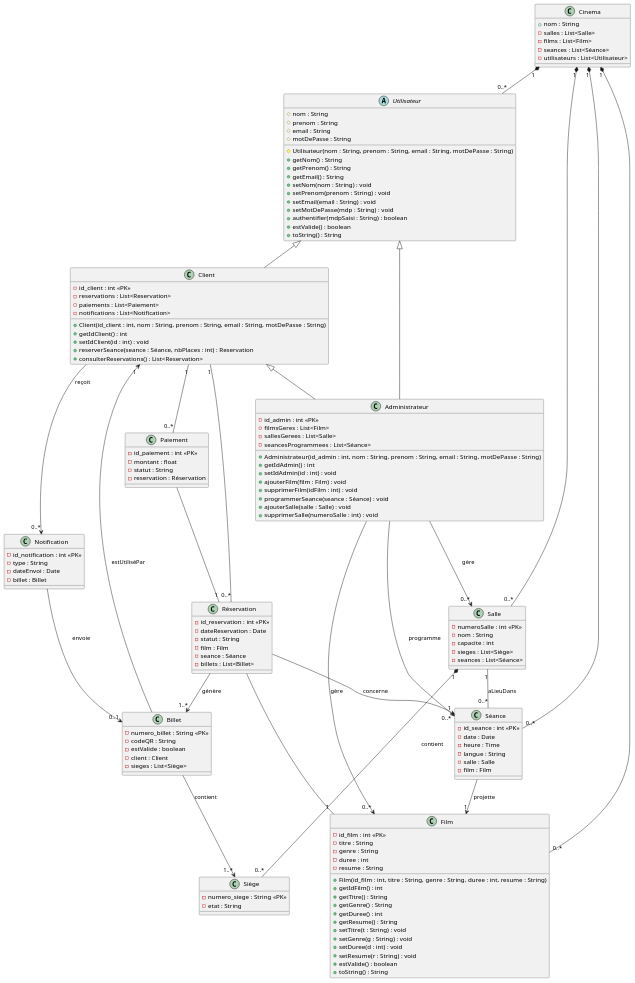
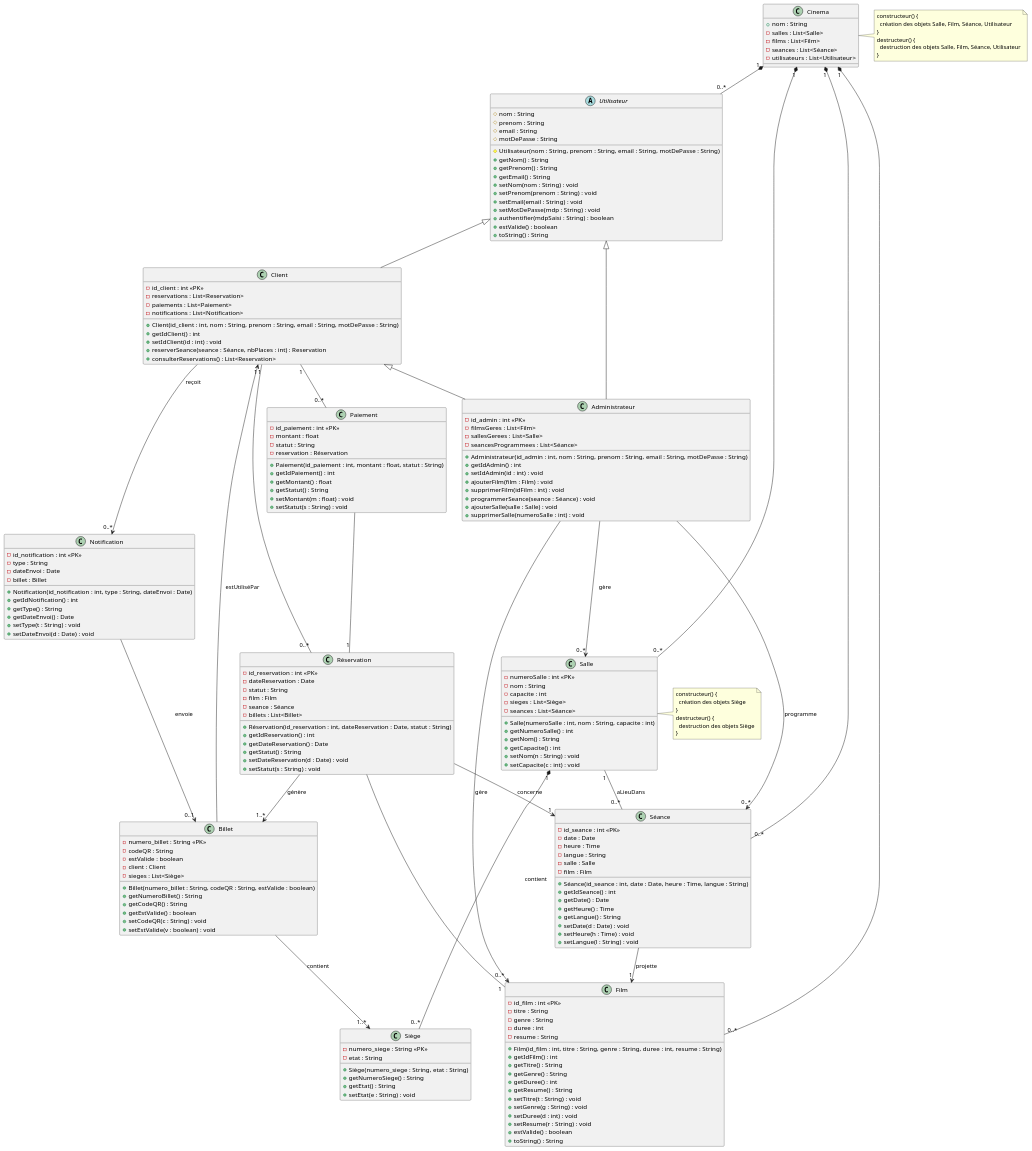
The diagram in Diagrammes/diagramme_de_classes(deuxième_raffinnement).pu (barbouchyoussef/Cinema-UML), drawn with PlantUML before and after one commit. The commit also changed 4 other files, not shown here.

```diff
--- a/Diagrammes/diagramme_de_classes(deuxième_raffinnement).pu
+++ b/Diagrammes/diagramme_de_classes(deuxième_raffinnement).pu
@@ -9,6 +9,14 @@
   - seances : List<Séance>
   - utilisateurs : List<Utilisateur>
 }
+note right of Cinema
+constructeur() {
+  création des objets Salle, Film, Séance, Utilisateur
+}
+destructeur() {
+  destruction des objets Salle, Film, Séance, Utilisateur
+}
+end note
 
 abstract class Utilisateur {
   # nom : String
@@ -88,13 +96,27 @@
   - film : Film
   - seance : Séance
   - billets : List<Billet>
+
++ Réservation(id_reservation : int, dateReservation : Date, statut : String)
+  + getIdReservation() : int
+  + getDateReservation() : Date
+  + getStatut() : String
+  + setDateReservation(d : Date) : void
+  + setStatut(s : String) : void
 }
 
 class Paiement {
-  - id_paiement : int <<PK>>
+  - id_paiement : int <<PK>>    
   - montant : float
   - statut : String
   - reservation : Réservation
+
++ Paiement(id_paiement : int, montant : float, statut : String)
+  + getIdPaiement() : int
+  + getMontant() : float
+  + getStatut() : String
+  + setMontant(m : float) : void
+  + setStatut(s : String) : void
 }
 
 class Salle {
@@ -103,7 +125,22 @@
   - capacite : int
   - sieges : List<Siège>
   - seances : List<Séance>
+
++ Salle(numeroSalle : int, nom : String, capacite : int)
+  + getNumeroSalle() : int
+  + getNom() : String
+  + getCapacite() : int
+  + setNom(n : String) : void
+  + setCapacite(c : int) : void
 }
+note right of Salle
+constructeur() {
+  création des objets Siège
+}
+destructeur() {
+  destruction des objets Siège
+}
+end note
 
 class Séance {
   - id_seance : int <<PK>>
@@ -112,6 +149,15 @@
   - langue : String
   - salle : Salle
   - film : Film
+
++ Séance(id_seance : int, date : Date, heure : Time, langue : String)
+  + getIdSeance() : int
+  + getDate() : Date
+  + getHeure() : Time
+  + getLangue() : String
+  + setDate(d : Date) : void
+  + setHeure(h : Time) : void
+  + setLangue(l : String) : void
 }
 
 class Billet {
@@ -120,11 +166,22 @@
   - estValide : boolean
   - client : Client
   - sieges : List<Siège>
+  + Billet(numero_billet : String, codeQR : String, estValide : boolean)
+  + getNumeroBillet() : String
+  + getCodeQR() : String
+  + getEstValide() : boolean
+  + setCodeQR(c : String) : void
+  + setEstValide(v : boolean) : void
 }
 
 class Siège {
   - numero_siege : String <<PK>>
   - etat : String
+
+  + Siège(numero_siege : String, etat : String)
+  + getNumeroSiege() : String
+  + getEtat() : String
+  + setEtat(e : String) : void
 }
 
 class Notification {
@@ -132,6 +189,13 @@
   - type : String
   - dateEnvoi : Date
   - billet : Billet
+
++ Notification(id_notification : int, type : String, dateEnvoi : Date)
+  + getIdNotification() : int
+  + getType() : String
+  + getDateEnvoi() : Date
+  + setType(t : String) : void
+  + setDateEnvoi(d : Date) : void
 }
 
 ' Relations entre les classes
```
